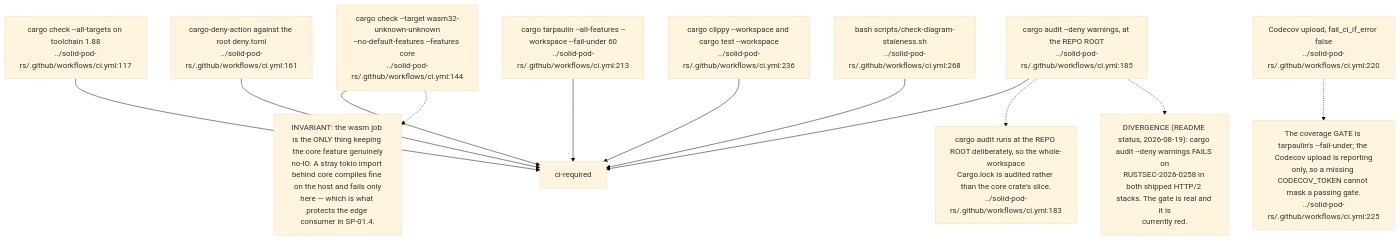
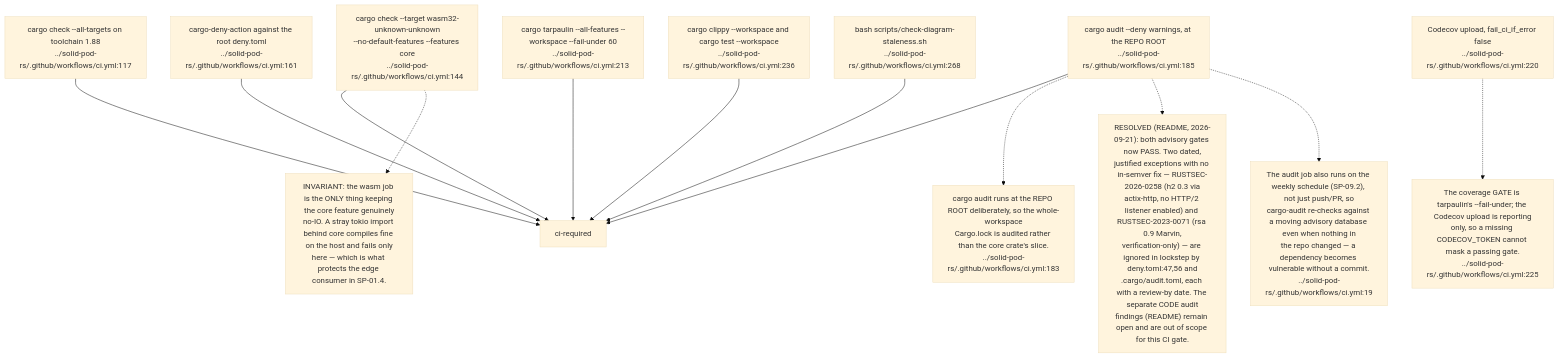
Before and after one commit to DreamLab-AI/VisionFlow: the third of 9 diagrams in docs/diagrams/solid-pod-rs/09-ci-release-and-consumer-pins.md, drawn with Mermaid (base theme). The commit also changed other lines of this file and 136 other files, not shown here.

First line of the commit message:
docs(diagrams): refresh the whole corpus to code HEAD and prune low-value diagrams

````diff
--- a/docs/diagrams/solid-pod-rs/09-ci-release-and-consumer-pins.md
+++ b/docs/diagrams/solid-pod-rs/09-ci-release-and-consumer-pins.md
@@ -116,28 +96,30 @@
 ```mermaid
 flowchart TD
     MSRV["cargo check --all-targets on toolchain 1.88<br/>../solid-pod-rs/.github/workflows/ci.yml:117"]
     WASM["cargo check --target wasm32-unknown-unknown<br/>--no-default-features --features core<br/>../solid-pod-rs/.github/workflows/ci.yml:144"]
     DENY["cargo-deny-action against the root deny.toml<br/>../solid-pod-rs/.github/workflows/ci.yml:161"]
     AUD["cargo audit --deny warnings, at the REPO ROOT<br/>../solid-pod-rs/.github/workflows/ci.yml:185"]
     COV["cargo tarpaulin --all-features --workspace --fail-under 60<br/>../solid-pod-rs/.github/workflows/ci.yml:213"]
     CC["Codecov upload, fail_ci_if_error false<br/>../solid-pod-rs/.github/workflows/ci.yml:220"]
     WSJ["cargo clippy --workspace and cargo test --workspace<br/>../solid-pod-rs/.github/workflows/ci.yml:236"]
     DIA["bash scripts/check-diagram-staleness.sh<br/>../solid-pod-rs/.github/workflows/ci.yml:268"]
 
     MSRV --> GATE["ci-required"]
     WASM --> GATE
     DENY --> GATE
     AUD --> GATE
     COV --> GATE
     WSJ --> GATE
     DIA --> GATE
 
     N["INVARIANT: the wasm job is the ONLY thing keeping the core feature genuinely<br/>no-IO. A stray tokio import behind core compiles fine on the host and fails only<br/>here — which is what protects the edge consumer in SP-01.4."]
     WASM -.-> N
     N2["cargo audit runs at the REPO ROOT deliberately, so the whole-workspace<br/>Cargo.lock is audited rather than the core crate's slice.<br/>../solid-pod-rs/.github/workflows/ci.yml:183"]
     AUD -.-> N2
     N3["The coverage GATE is tarpaulin's --fail-under; the Codecov upload is reporting<br/>only, so a missing CODECOV_TOKEN cannot mask a passing gate.<br/>../solid-pod-rs/.github/workflows/ci.yml:225"]
     CC -.-> N3
-    N4["DIVERGENCE (README status, 2026-08-19): cargo audit --deny warnings FAILS on<br/>RUSTSEC-2026-0258 in both shipped HTTP/2 stacks. The gate is real and it is<br/>currently red."]
+    N4["RESOLVED (README, 2026-09-21): both advisory gates now PASS. Two dated,<br/>justified exceptions with no in-semver fix — RUSTSEC-2026-0258 (h2 0.3 via<br/>actix-http, no HTTP/2 listener enabled) and RUSTSEC-2023-0071 (rsa 0.9 Marvin,<br/>verification-only) — are ignored in lockstep by deny.toml:47,56 and<br/>.cargo/audit.toml, each with a review-by date. The separate CODE audit<br/>findings (README) remain open and are out of scope for this CI gate."]
     AUD -.-> N4
+    N5["The audit job also runs on the weekly schedule (SP-09.2), not just push/PR, so<br/>cargo-audit re-checks against a moving advisory database even when nothing in<br/>the repo changed — a dependency becomes vulnerable without a commit.<br/>../solid-pod-rs/.github/workflows/ci.yml:19"]
+    AUD -.-> N5
 ```
````
